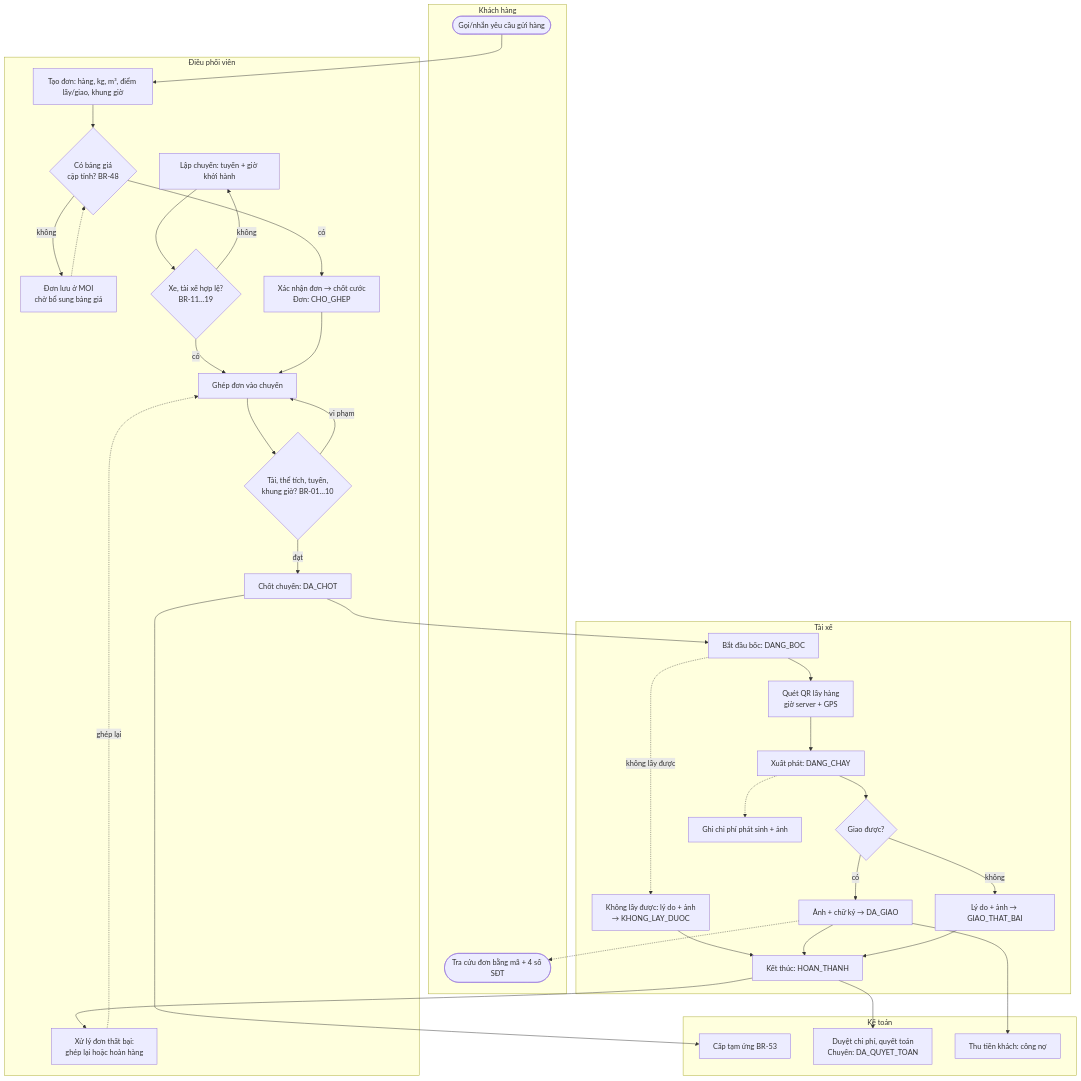
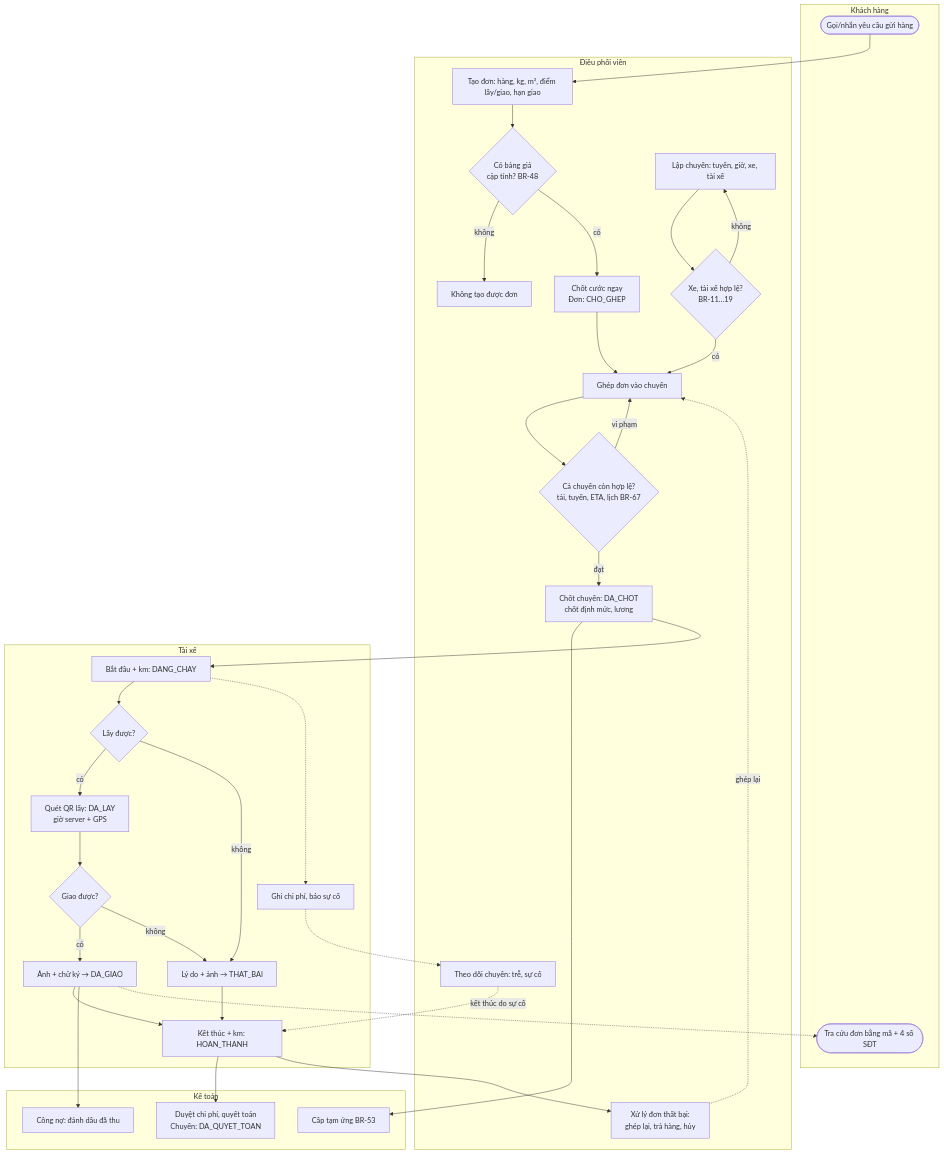
One commit to takidang/QLVC changed the first of 10 diagrams in docs/so-do.md. Above: the diagram before and after it, drawn with Mermaid. The commit also changed other lines of this file and 5 other files, not shown here.

First line of the commit message:
Nghiệp vụ 0.5 (Kiệt đề xuất): chuyến 6 trạng thái, đơn 7, mô hình thời gian

````diff
--- a/docs/so-do.md
+++ b/docs/so-do.md
@@ -17,59 +17,60 @@
 ```mermaid
 flowchart TB
   subgraph KH["Khách hàng"]
     k1(["Gọi/nhắn yêu cầu gửi hàng"])
     k9(["Tra cứu đơn bằng mã + 4 số SĐT"])
   end
   subgraph DP["Điều phối viên"]
-    d1["Tạo đơn: hàng, kg, m³, điểm lấy/giao, khung giờ"]
+    d1["Tạo đơn: hàng, kg, m³, điểm lấy/giao, hạn giao"]
     d2{"Có bảng giá<br/>cặp tỉnh? BR-48"}
-    d2b["Đơn lưu ở MOI<br/>chờ bổ sung bảng giá"]
-    d3["Xác nhận đơn → chốt cước<br/>Đơn: CHO_GHEP"]
-    d4["Lập chuyến: tuyến + giờ khởi hành"]
+    d2b["Không tạo được đơn"]
+    d3["Chốt cước ngay<br/>Đơn: CHO_GHEP"]
+    d4["Lập chuyến: tuyến, giờ, xe, tài xế"]
     d5{"Xe, tài xế hợp lệ?<br/>BR-11…19"}
     d6["Ghép đơn vào chuyến"]
-    d7{"Tải, thể tích, tuyến,<br/>khung giờ? BR-01…10"}
-    d8["Chốt chuyến: DA_CHOT"]
-    d9["Xử lý đơn thất bại:<br/>ghép lại hoặc hoàn hàng"]
+    d7{"Cả chuyến còn hợp lệ?<br/>tải, tuyến, ETA, lịch BR-67"}
+    d8["Chốt chuyến: DA_CHOT<br/>chốt định mức, lương"]
+    d10["Theo dõi chuyến: trễ, sự cố"]
+    d9["Xử lý đơn thất bại:<br/>ghép lại, trả hàng, hủy"]
   end
   subgraph KT["Kế toán"]
     t1["Cấp tạm ứng BR-53"]
     t2["Duyệt chi phí, quyết toán<br/>Chuyến: DA_QUYET_TOAN"]
-    t3["Thu tiền khách: công nợ"]
+    t3["Công nợ: đánh dấu đã thu"]
   end
   subgraph TX["Tài xế"]
-    x1["Bắt đầu bốc: DANG_BOC"]
-    x2["Quét QR lấy hàng<br/>giờ server + GPS"]
-    x2b["Không lấy được: lý do + ảnh<br/>→ KHONG_LAY_DUOC"]
-    x3["Xuất phát: DANG_CHAY"]
+    x1["Bắt đầu + km: DANG_CHAY"]
+    x2{"Lấy được?"}
+    x2a["Quét QR lấy: DA_LAY<br/>giờ server + GPS"]
     x4{"Giao được?"}
     x5["Ảnh + chữ ký → DA_GIAO"]
-    x6["Lý do + ảnh → GIAO_THAT_BAI"]
-    x7["Ghi chi phí phát sinh + ảnh"]
-    x8["Kết thúc: HOAN_THANH"]
+    x6["Lý do + ảnh → THAT_BAI"]
+    x7["Ghi chi phí, báo sự cố"]
+    x8["Kết thúc + km: HOAN_THANH"]
   end
   k1 --> d1 --> d2
   d2 -- "không" --> d2b
-  d2b -.-> d2
   d2 -- "có" --> d3
   d4 --> d5
   d5 -- "không" --> d4
   d5 -- "có" --> d6
   d3 --> d6 --> d7
   d7 -- "vi phạm" --> d6
   d7 -- "đạt" --> d8
   d8 --> t1
-  d8 --> x1 --> x2 --> x3 --> x4
+  d8 --> x1 --> x2
+  x2 -- "có" --> x2a --> x4
+  x2 -- "không" --> x6
   x4 -- "có" --> x5
   x4 -- "không" --> x6
-  x1 -. "không lấy được" .-> x2b
-  x2b --> x8
-  x3 -.-> x7
+  x1 -.-> x7
+  x7 -.-> d10
   x5 --> x8
   x6 --> x8
+  d10 -. "kết thúc do sự cố" .-> x8
   x8 --> t2
   x8 --> d9
   d9 -. "ghép lại" .-> d6
   x5 --> t3
   x5 -.-> k9
 ```
````
